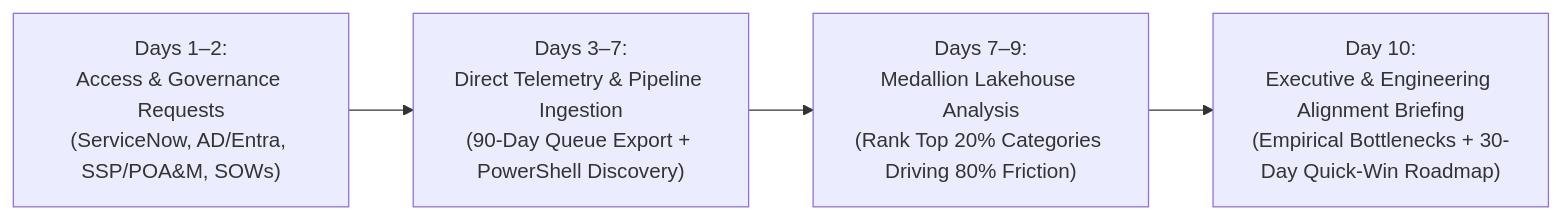
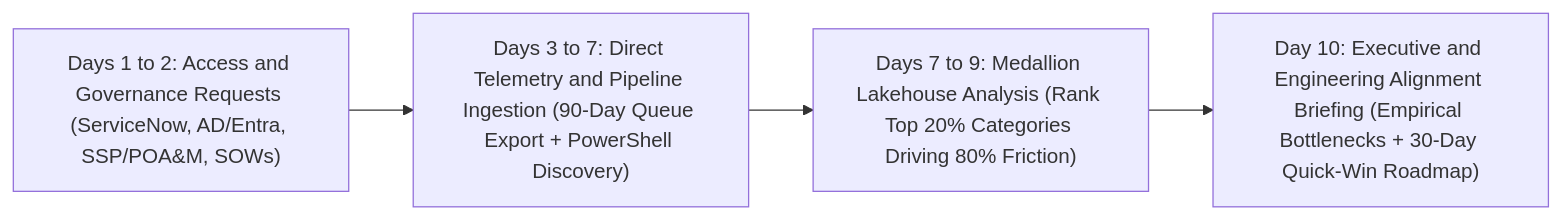
The second of 2 diagrams in README.md (FreeFades2Black/defense-manufacturing-enterprise-blueprint), drawn with Mermaid before and after one commit. The commit also changed other lines of this file and 1 other file, not shown here.

Commit message:
docs(architecture): add native Mermaid flow, top-level quality badges, and sample Security Dossier

````diff
--- a/README.md
+++ b/README.md
@@ -140,6 +224,6 @@
 ```mermaid
 flowchart LR
-    D1["Days 1–2:\nAccess & Governance Requests\n(ServiceNow, AD/Entra, SSP/POA&M, SOWs)"] --> D3["Days 3–7:\nDirect Telemetry & Pipeline Ingestion\n(90-Day Queue Export + PowerShell Discovery)"]
-    D3 --> D8["Days 7–9:\nMedallion Lakehouse Analysis\n(Rank Top 20% Categories Driving 80% Friction)"]
-    D8 --> D10["Day 10:\nExecutive & Engineering Alignment Briefing\n(Empirical Bottlenecks + 30-Day Quick-Win Roadmap)"]
+    D1["Days 1 to 2: Access and Governance Requests (ServiceNow, AD/Entra, SSP/POA&M, SOWs)"] --> D3["Days 3 to 7: Direct Telemetry and Pipeline Ingestion (90-Day Queue Export + PowerShell Discovery)"]
+    D3 --> D8["Days 7 to 9: Medallion Lakehouse Analysis (Rank Top 20% Categories Driving 80% Friction)"]
+    D8 --> D10["Day 10: Executive and Engineering Alignment Briefing (Empirical Bottlenecks + 30-Day Quick-Win Roadmap)"]
 ```
````
